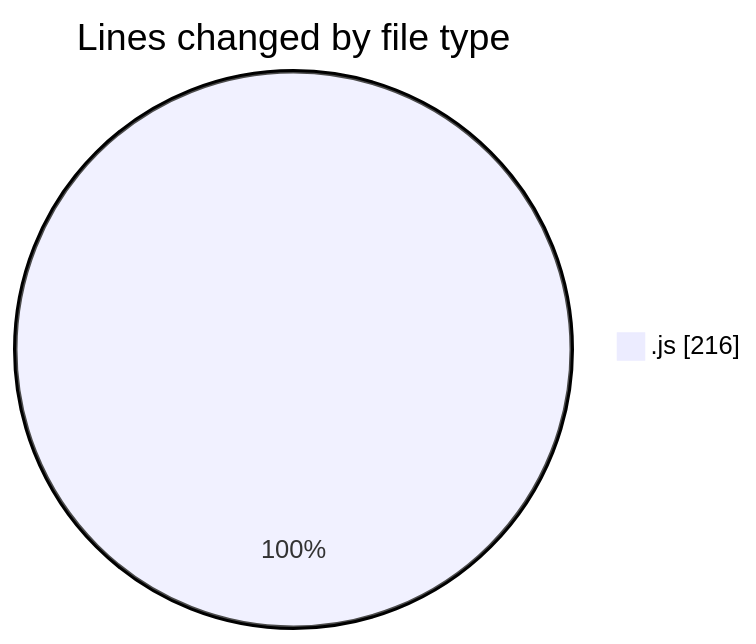
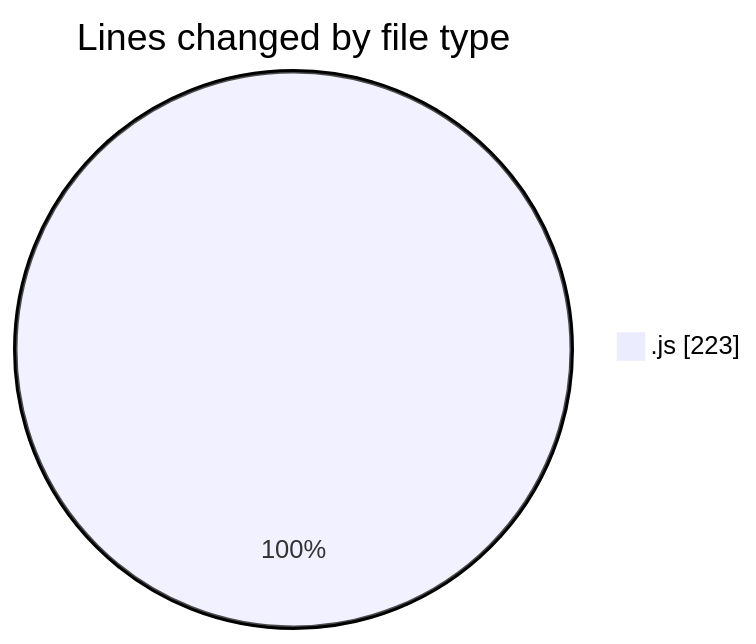
The first of 2 diagrams in 2026-04-27/calcapp/README.md (nxtqubesakshisongat/code-tracking), drawn with Mermaid before and after one commit. The commit also changed other lines of this file and 1 other file, not shown here.

````diff
--- a/2026-04-27/calcapp/README.md
+++ b/2026-04-27/calcapp/README.md
@@ -20,5 +20,5 @@
 ```mermaid
 pie showData
 title Lines changed by file type
-".js" : 216
+".js" : 223
 ```
````
